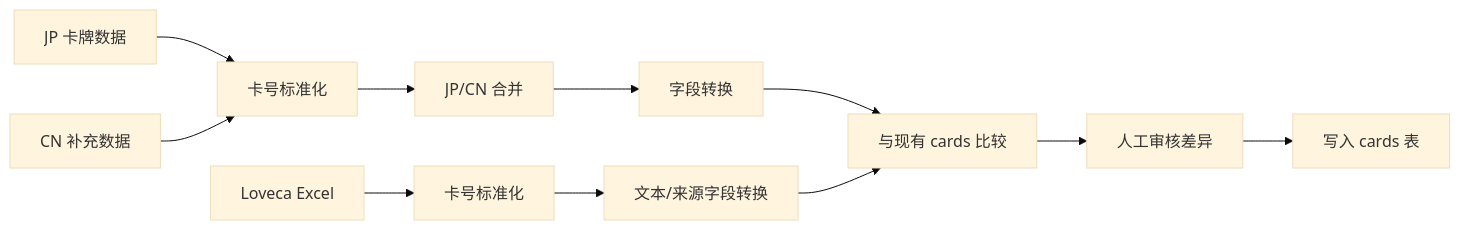
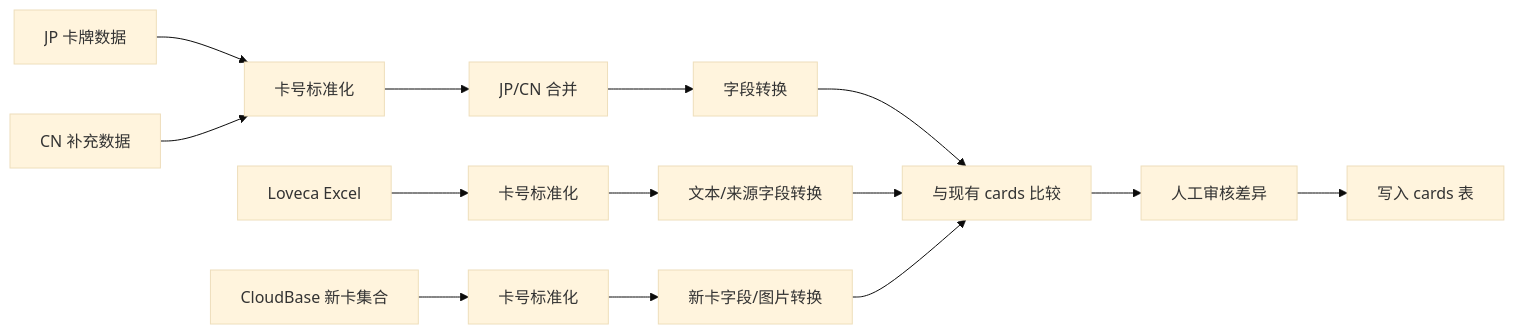
The diagram in docs/card-data-sync/design.md (catmeow123456/loveca-dev), drawn with Mermaid (base theme) before and after one commit. The commit also changed other lines of this file and 11 other files, not shown here.

First line of the commit message:
feat(card-data): 新增 CloudBase 新卡导入脚本

````diff
--- a/docs/card-data-sync/design.md
+++ b/docs/card-data-sync/design.md
@@ -30,13 +32,16 @@
 ```mermaid
 flowchart LR
     JP[JP 卡牌数据] --> Normalize[卡号标准化]
     CN[CN 补充数据] --> Normalize
     XL[Loveca Excel] --> ExcelNormalize[卡号标准化]
+    CB[CloudBase 新卡集合] --> CloudNormalize[卡号标准化]
     Normalize --> Merge[JP/CN 合并]
     Merge --> Transform[字段转换]
     ExcelNormalize --> ExcelTransform[文本/来源字段转换]
+    CloudNormalize --> CloudTransform[新卡字段/图片转换]
     Transform --> Diff[与现有 cards 比较]
     ExcelTransform --> Diff
+    CloudTransform --> Diff
     Diff --> Review[人工审核差异]
     Review --> Persist[写入 cards 表]
 ```
````
